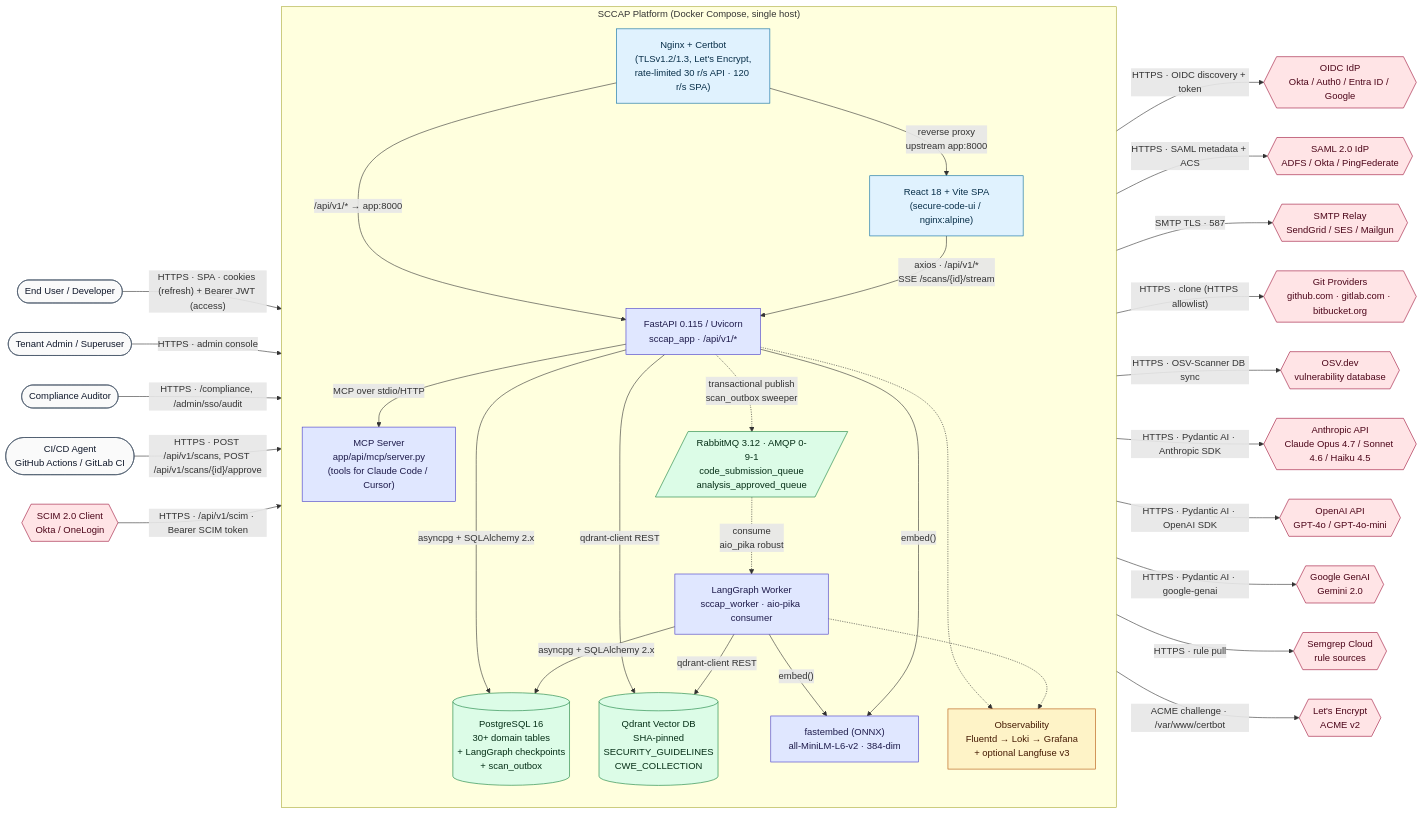
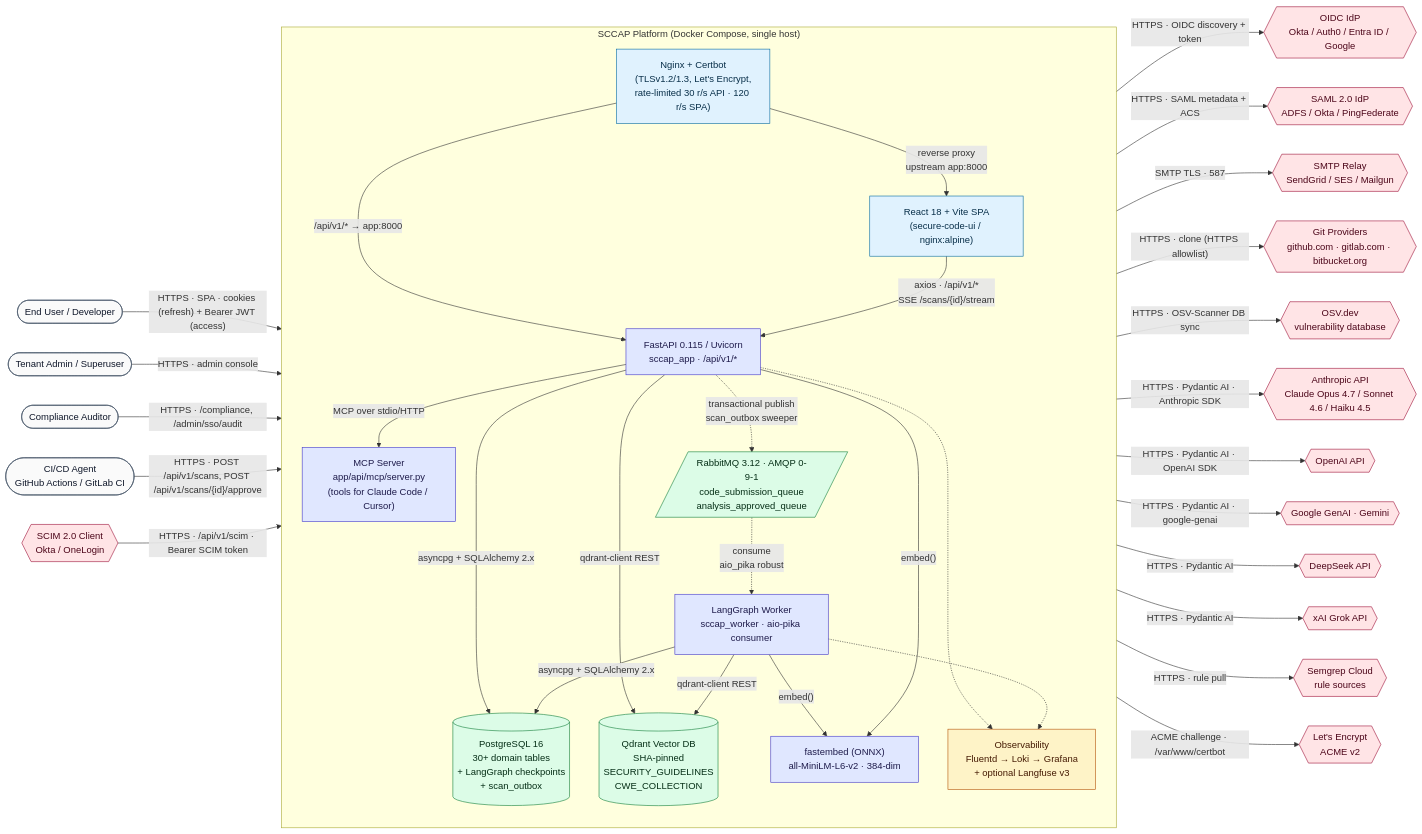
Before and after one commit to nerdy-krishna/ai-secure-coding-compliance-platform: the diagram in docs/docs/architecture/diagrams/01-system-overview.md, drawn with Mermaid. The commit also changed other lines of this file and 1 other file, not shown here.

Commit message:
docs(diagrams): refresh 00 index + 01 providers
- 00: index blurbs for 04/05 corrected (correlate → consolidate;
  the Aider-SEARCH/REPLACE legend entry → the real merge agent).
- 01: add the DeepSeek and xAI Grok LLM providers (the platform has
  supported five providers since the DeepSeek/xAI work); generalise
  the OpenAI/Google node labels off pinned model names.

```diff
--- a/docs/docs/architecture/diagrams/01-system-overview.md
+++ b/docs/docs/architecture/diagrams/01-system-overview.md
@@ -38,8 +38,10 @@
     %% External systems
     %% =========================
     Anthropic{{Anthropic API<br/>Claude Opus 4.7 / Sonnet 4.6 / Haiku 4.5}}:::ext
-    OpenAI{{OpenAI API<br/>GPT-4o / GPT-4o-mini}}:::ext
-    Google{{Google GenAI<br/>Gemini 2.0}}:::ext
+    OpenAI{{OpenAI API}}:::ext
+    Google{{Google GenAI · Gemini}}:::ext
+    DeepSeek{{DeepSeek API}}:::ext
+    XAI{{xAI Grok API}}:::ext
     OIDC{{OIDC IdP<br/>Okta / Auth0 / Entra ID / Google}}:::ext
     SAML{{SAML 2.0 IdP<br/>ADFS / Okta / PingFederate}}:::ext
     SMTP{{SMTP Relay<br/>SendGrid / SES / Mailgun}}:::ext
@@ -85,6 +87,8 @@
     Worker -- "HTTPS · Pydantic AI · Anthropic SDK" --> Anthropic
     Worker -- "HTTPS · Pydantic AI · OpenAI SDK" --> OpenAI
     Worker -- "HTTPS · Pydantic AI · google-genai" --> Google
+    Worker -- "HTTPS · Pydantic AI" --> DeepSeek
+    Worker -- "HTTPS · Pydantic AI" --> XAI
     API -- "HTTPS · rule pull" --> Semgrep
     Edge -- "ACME challenge · /var/www/certbot" --> LE
     API -.-> Obs
```
